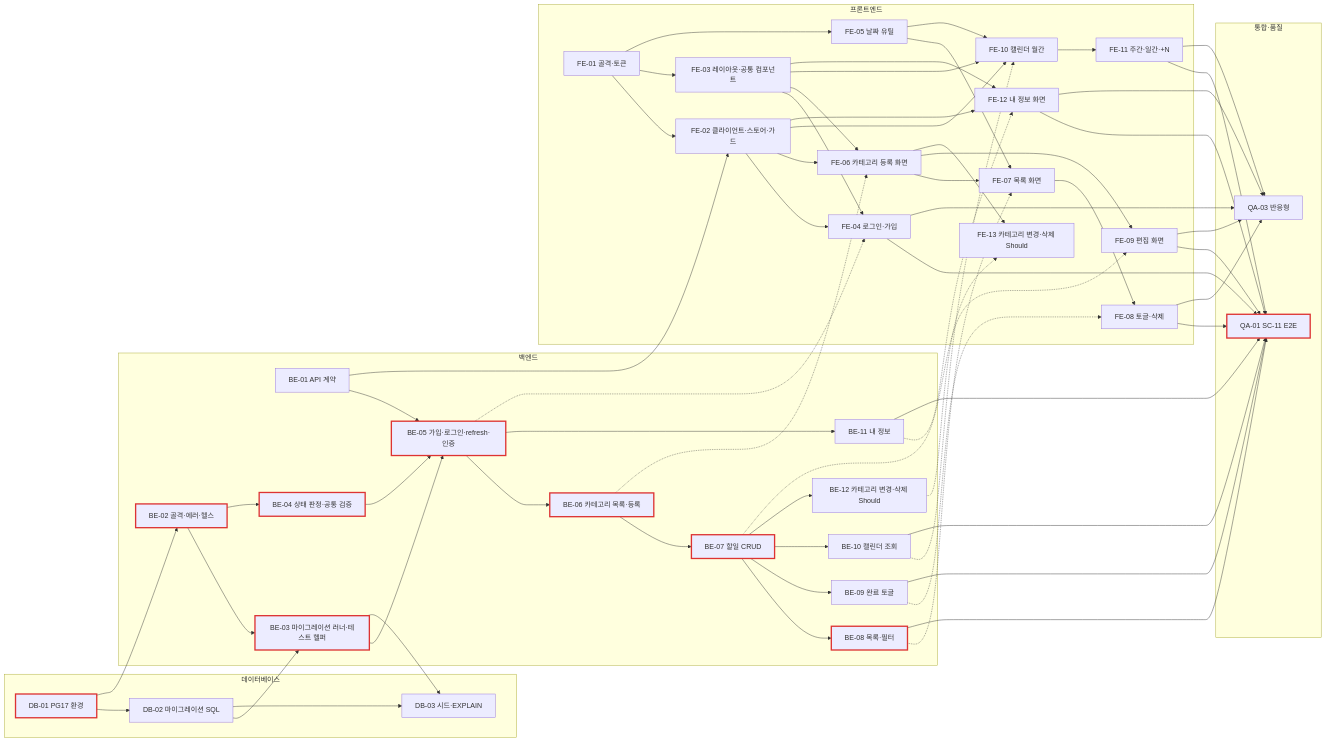
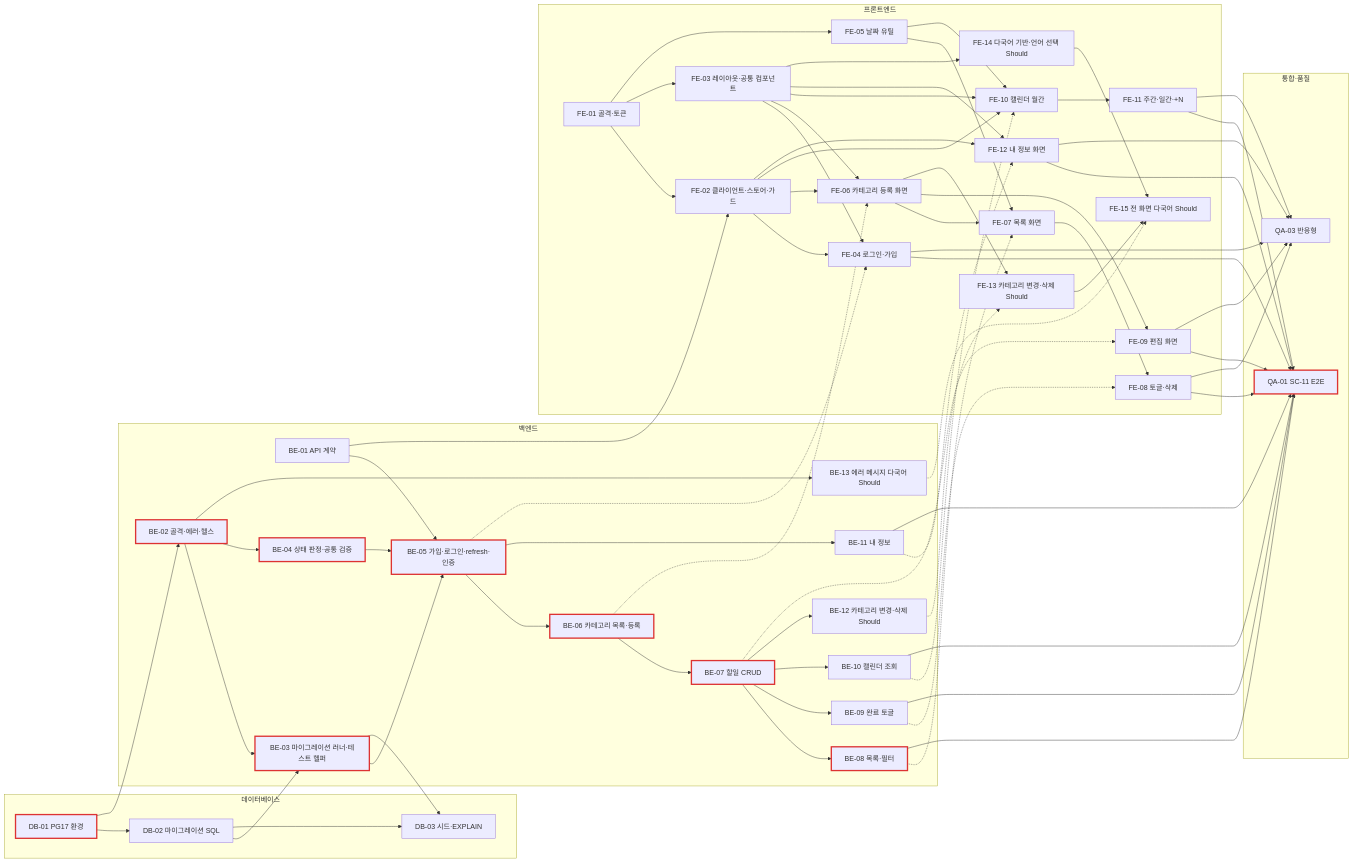
Before and after one commit to chaenamo/todolist-app: the diagram in docs/8-plan.md, drawn with Mermaid. The commit also changed other lines of this file and 45 other files, not shown here.

```diff
--- a/docs/8-plan.md
+++ b/docs/8-plan.md
@@ -137,6 +142,7 @@
         BE10["BE-10 캘린더 조회"]
         BE11["BE-11 내 정보"]
         BE12["BE-12 카테고리 변경·삭제 Should"]
+        BE13["BE-13 에러 메시지 다국어 Should"]
     end
     subgraph FEL["프론트엔드"]
         FE01["FE-01 골격·토큰"]
@@ -152,6 +158,8 @@
         FE11["FE-11 주간·일간·+N"]
         FE12["FE-12 내 정보 화면"]
         FE13["FE-13 카테고리 변경·삭제 Should"]
+        FE14["FE-14 다국어 기반·언어 선택 Should"]
+        FE15["FE-15 전 화면 다국어 Should"]
     end
     subgraph QAL["통합·품질"]
         QA01["QA-01 SC-11 E2E"]
@@ -201,6 +209,11 @@
     BE10 -.-> FE10
     BE11 -.-> FE12
     BE12 -.-> FE13
+    BE02 --> BE13
+    FE03 --> FE14
+    FE14 --> FE15
+    FE13 --> FE15
+    BE13 -.-> FE15
 
     BE08 --> QA01
     BE09 --> QA01
```
